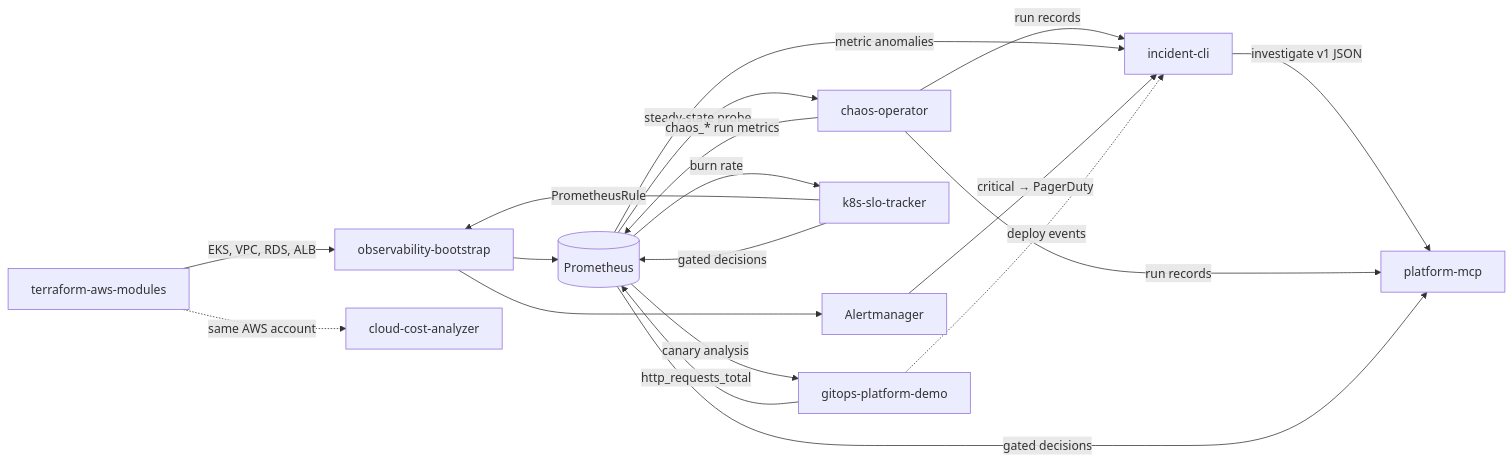
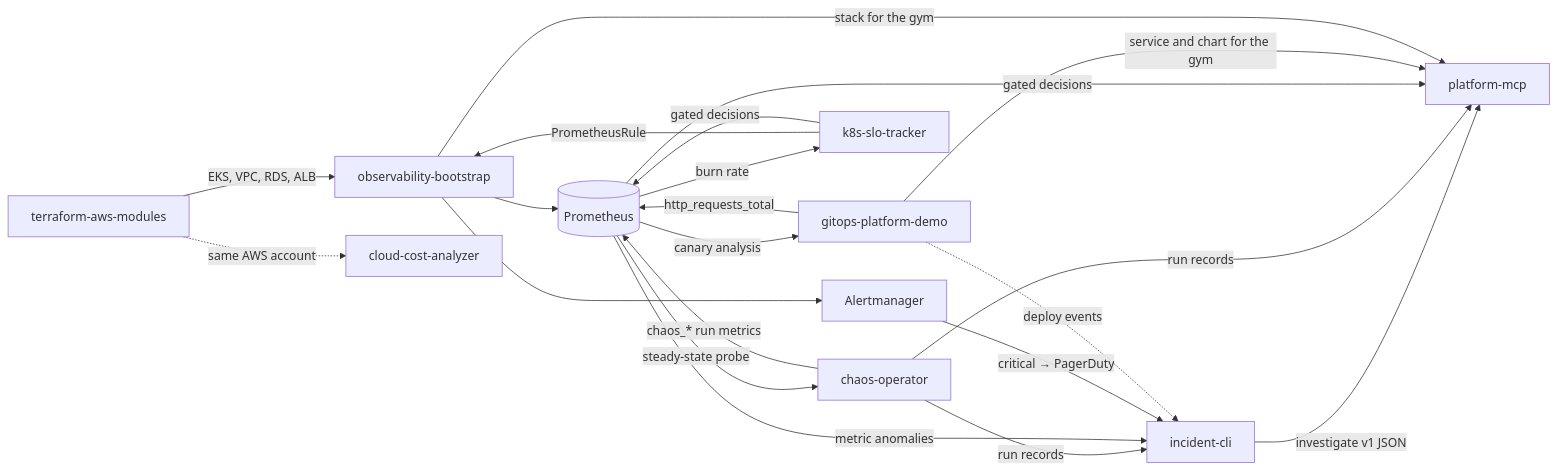
One commit to jamespham8929/jamespham8929 changed the diagram in README.md. Above: the diagram before and after it, drawn with Mermaid. The commit also changed other lines of this file, not shown here.

First line of the commit message:
add the incident gym to the map

````diff
--- a/README.md
+++ b/README.md
@@ -13,32 +14,34 @@
 ```mermaid
 flowchart LR
   TF["terraform-aws-modules"]
   OBS["observability-bootstrap"]
   GITOPS["gitops-platform-demo"]
   CHAOS["chaos-operator"]
   SLO["k8s-slo-tracker"]
   INC["incident-cli"]
   COST["cloud-cost-analyzer"]
   MCP["platform-mcp"]
   PROM[("Prometheus")]
   AM["Alertmanager"]
 
   TF -->|"EKS, VPC, RDS, ALB"| OBS
   OBS --> PROM
   OBS --> AM
   GITOPS -->|"http_requests_total"| PROM
   PROM -->|"canary analysis"| GITOPS
   PROM -->|"burn rate"| SLO
   SLO -->|"PrometheusRule"| OBS
   PROM -->|"steady-state probe"| CHAOS
   CHAOS -->|"chaos_* run metrics"| PROM
   CHAOS -->|"run records"| INC
   SLO -->|"gated decisions"| PROM
   PROM -->|"metric anomalies"| INC
   AM -->|"critical → PagerDuty"| INC
   INC -->|"investigate v1 JSON"| MCP
   CHAOS -->|"run records"| MCP
   PROM -->|"gated decisions"| MCP
+  GITOPS -->|"service and chart for the gym"| MCP
+  OBS -->|"stack for the gym"| MCP
   TF -.->|"same AWS account"| COST
   GITOPS -.->|"deploy events"| INC
 ```
````
